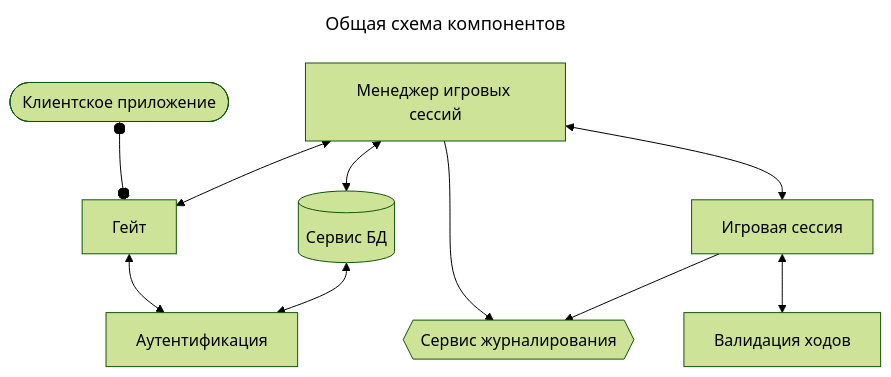
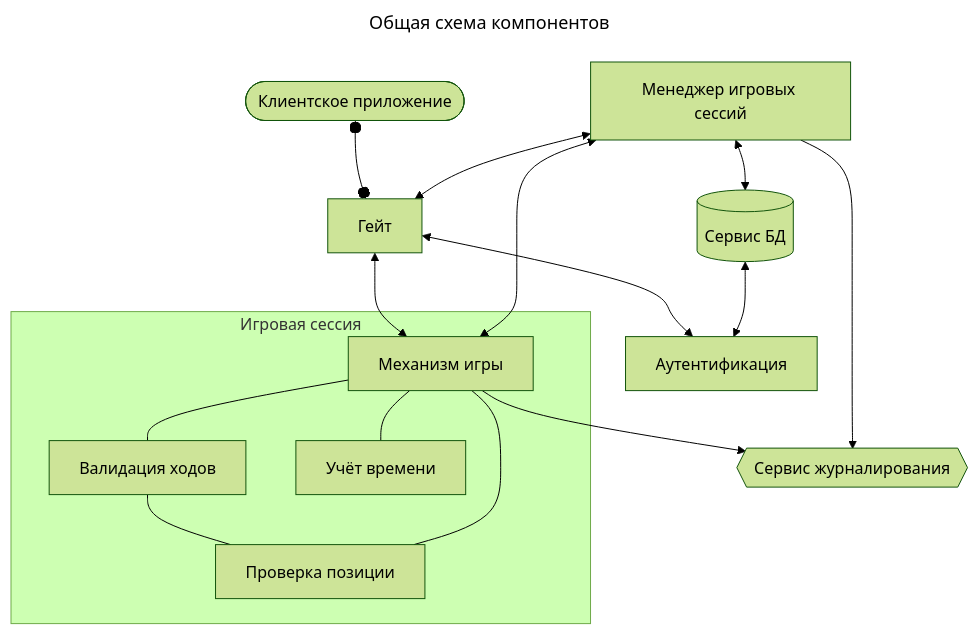
Before and after one commit to sadmadrus/chessBox: the diagram in docs/arch.md, drawn with Mermaid (forest theme). The commit also changed other lines of this file, not shown here.

Commit message:
docs: update arch concept

````diff
--- a/docs/arch.md
+++ b/docs/arch.md
@@ -4,20 +4,25 @@
 ```mermaid
 ---
 title: Общая схема компонентов
 ---
 flowchart TD
     Client([Клиентское приложение])
     Gate[Гейт]
     Auth[Аутентификация]
     GS[Менеджер игровых сессий]
     DB[(Сервис БД)]
     Logs{{Сервис журналирования}}
-    Game[Игровая сессия]
-    MoveValidator[Валидация ходов]
+    subgraph ChessGame[Игровая сессия]
+        Game[Механизм игры]
+        MoveValidator[Валидация ходов]
+        Position[Проверка позиции]
+        Timing[Учёт времени]
+        Game --- Timing
+    end
     Client o--o Gate <--> Auth 
     GS <--> Gate
     GS <--> DB <--> Auth
     GS --> Logs
-    Game --> Logs
-    GS <--> Game <--> MoveValidator
+    Gate <--> Game --> Logs
+    GS <--> Game --- MoveValidator --- Position --- Game
 ```
````
